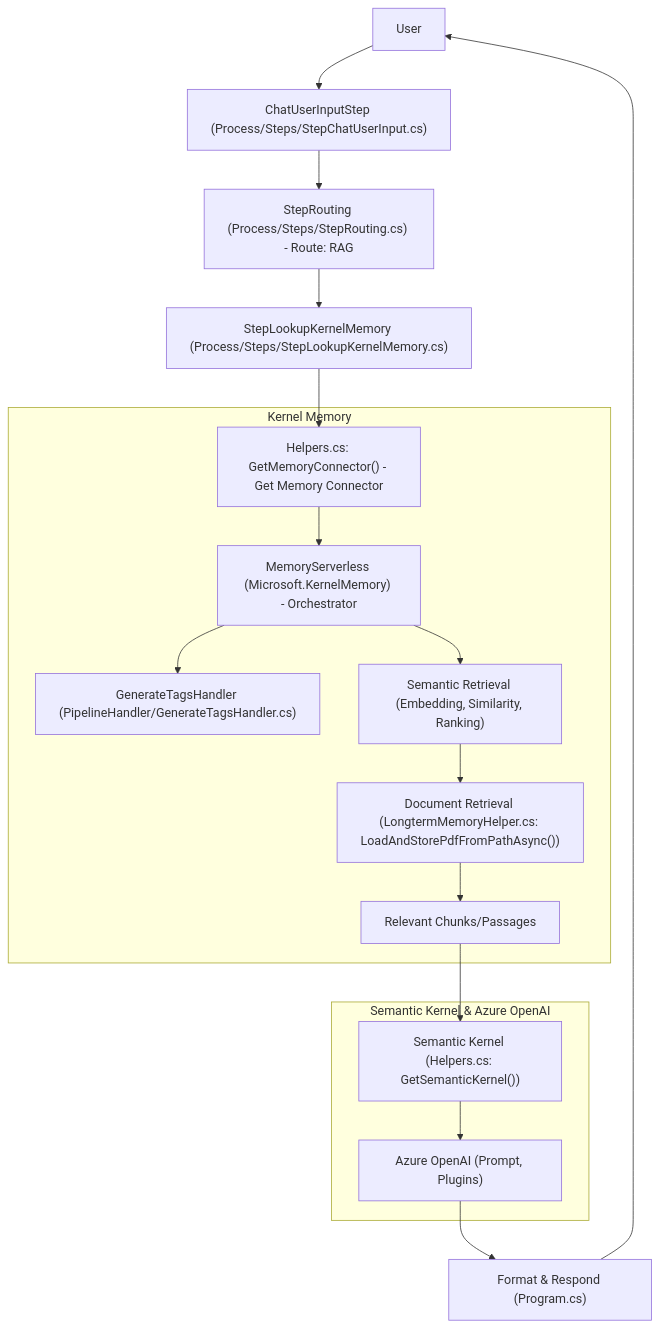
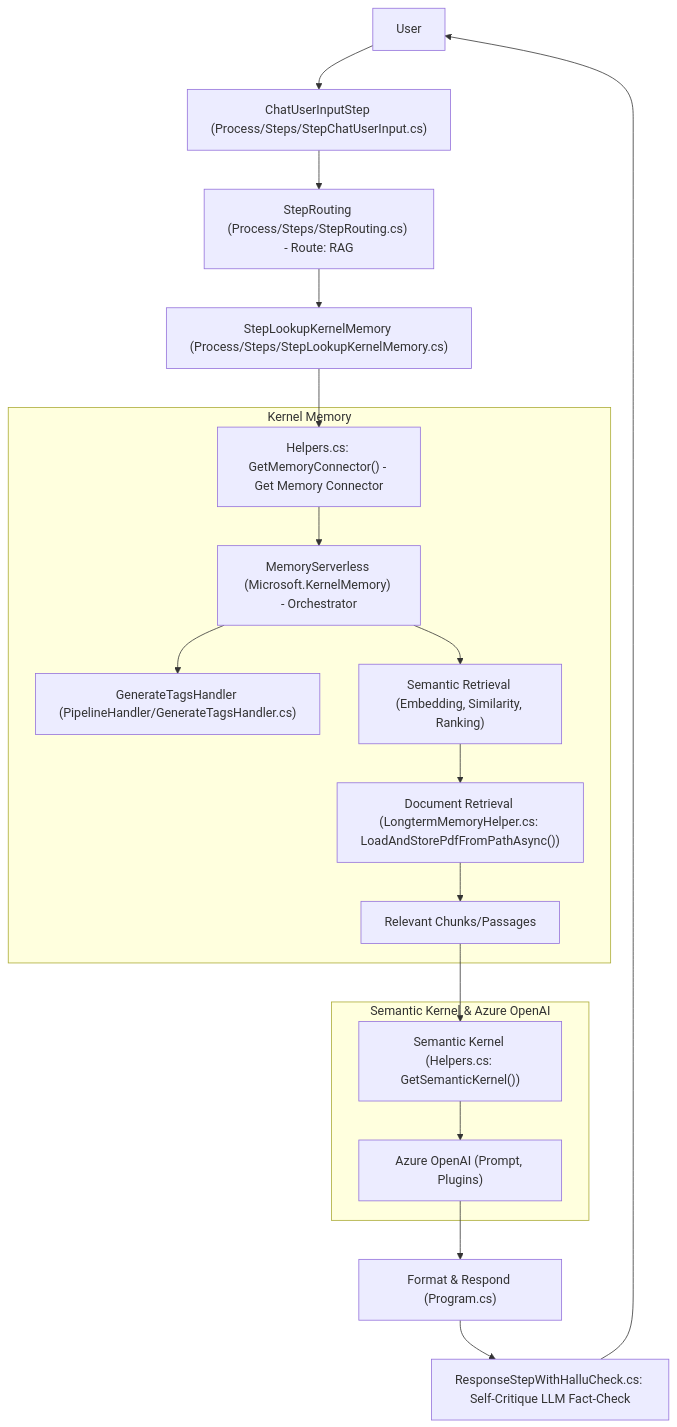
The second of 2 diagrams in solution_flowchart.md (totosan/localRAG), drawn with Mermaid before and after one commit. The commit also changed other lines of this file and 13 other files, not shown here.

Commit message:
Enhance documentation and add self-critique LLM fact-checking step; implement hallucination check in response handling

````diff
--- a/solution_flowchart.md
+++ b/solution_flowchart.md
@@ -68,29 +71,30 @@
 ```mermaid
 flowchart TD
     UA["User"] --> QI["ChatUserInputStep (Process/Steps/StepChatUserInput.cs)"]
     QI --> RT["StepRouting (Process/Steps/StepRouting.cs) - Route: RAG"]
     RT --> KM["StepLookupKernelMemory (Process/Steps/StepLookupKernelMemory.cs)"]
     KM --> MC["Helpers.cs: GetMemoryConnector() - Get Memory Connector"]
     MC --> OC["MemoryServerless (Microsoft.KernelMemory) - Orchestrator"]
     OC --> GH["GenerateTagsHandler (PipelineHandler/GenerateTagsHandler.cs)"]
     OC --> SR["Semantic Retrieval (Embedding, Similarity, Ranking)"]
     SR --> DR["Document Retrieval (LongtermMemoryHelper.cs: LoadAndStorePdfFromPathAsync())"]
     DR --> RC["Relevant Chunks/Passages"]
     RC --> SK["Semantic Kernel (Helpers.cs: GetSemanticKernel())"]
     SK --> AO["Azure OpenAI (Prompt, Plugins)"]
     AO --> FR["Format & Respond (Program.cs)"]
-    FR --> UA
+    FR --> FC["ResponseStepWithHalluCheck.cs: Self-Critique LLM Fact-Check"]
+    FC --> UA
 
     subgraph "Kernel Memory"
         MC
         OC
         GH
         SR
         DR
         RC
     end
     subgraph "Semantic Kernel & Azure OpenAI"
         SK
         AO
     end
 ```
````
